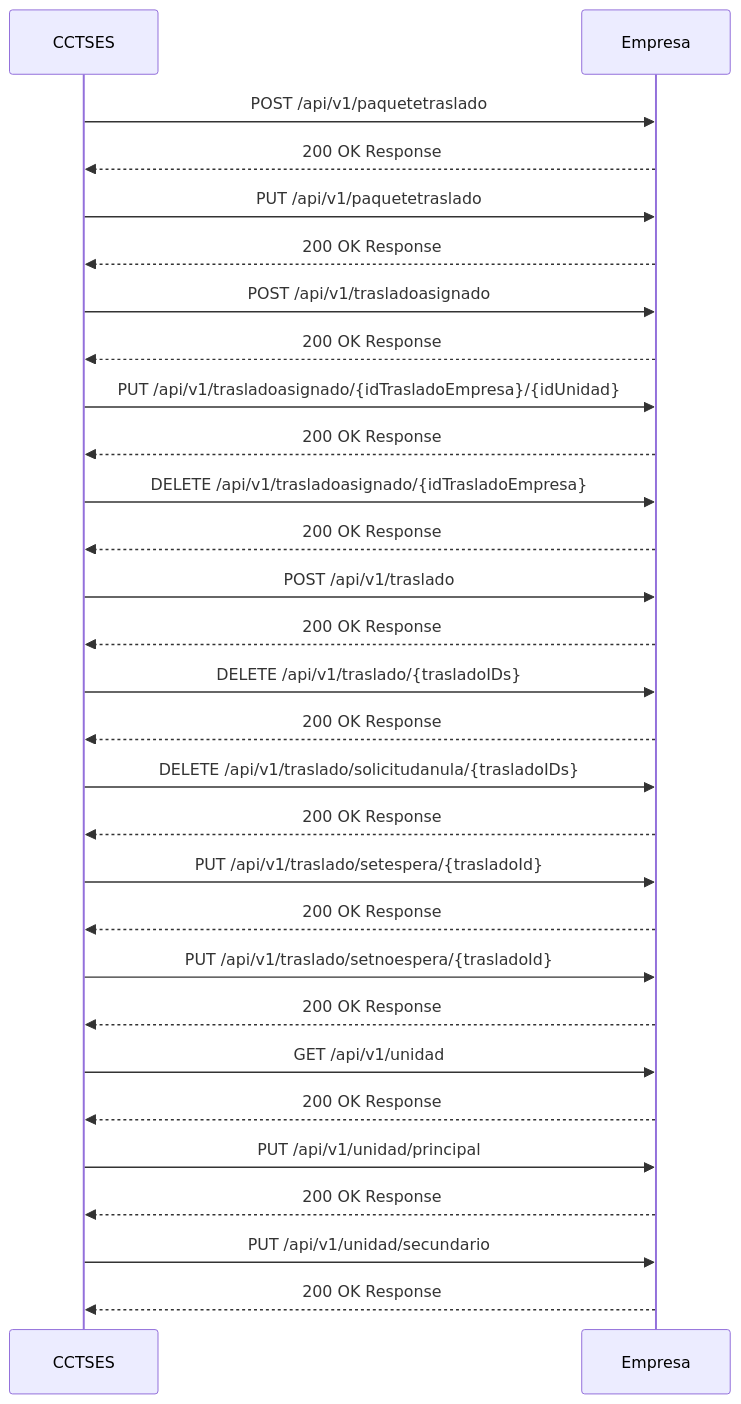
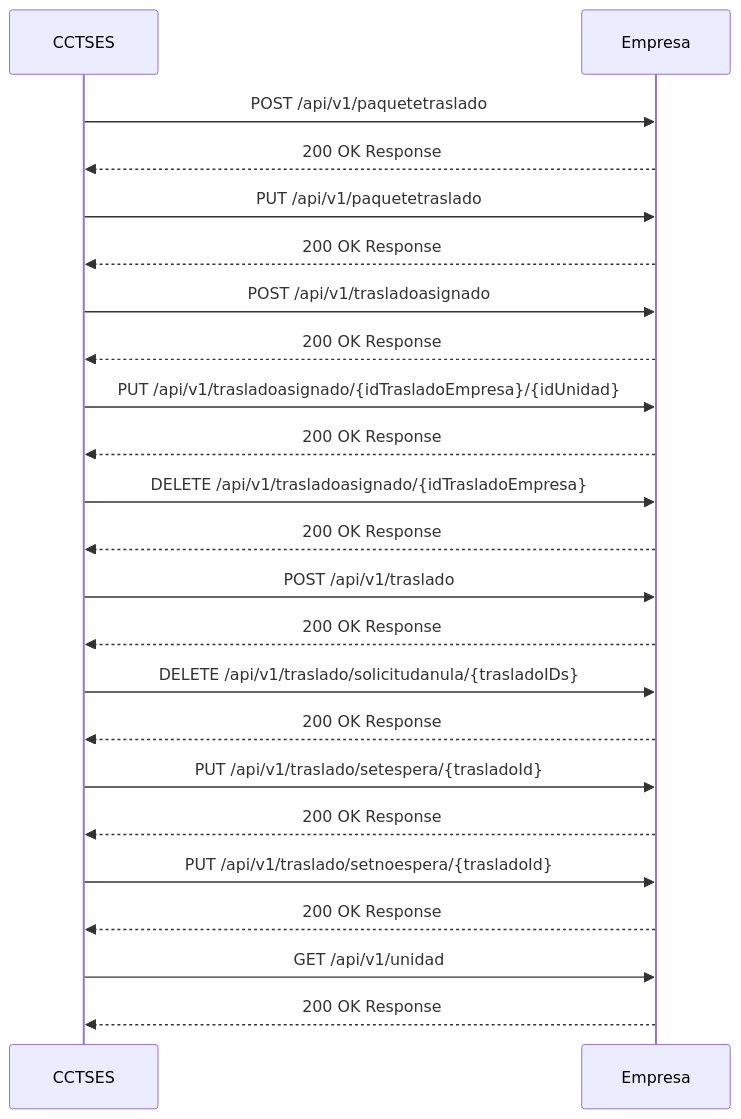
One commit to phevositc/cctses_integra changed the diagram in docs/versions/1.6/CircuitoB/CCTSES-doc_tecnica.md. Above: the diagram before and after it, drawn with Mermaid. The commit also changed other lines of this file and 4 other files, not shown here.

Commit message:
Update Circuito A and B documentation: add new API operations for unidad principal and secundario, remove deprecated operations, and clarify changes in integration guide.

````diff
--- a/docs/versions/1.6/CircuitoB/CCTSES-doc_tecnica.md
+++ b/docs/versions/1.6/CircuitoB/CCTSES-doc_tecnica.md
@@ -19,58 +19,48 @@
     ```mermaid
     sequenceDiagram
         %% Participantes (izquierda a derecha)
         participant CCTSES
         participant Empresa
 
         %% 1) POST /api/v1/paquetetraslado
         CCTSES->>Empresa: POST /api/v1/paquetetraslado
         Empresa-->>CCTSES: 200 OK Response
 
         %% 2) PUT /api/v1/paquetetraslado
         CCTSES->>Empresa: PUT /api/v1/paquetetraslado
         Empresa-->>CCTSES: 200 OK Response
 
         %% 3) POST /api/v1/trasladoasignado
         CCTSES->>Empresa: POST /api/v1/trasladoasignado
         Empresa-->>CCTSES: 200 OK Response
 
         %% 4) PUT /api/v1/trasladoasignado/{idTrasladoEmpresa}/{idUnidad}
         CCTSES->>Empresa: PUT /api/v1/trasladoasignado/{idTrasladoEmpresa}/{idUnidad}
         Empresa-->>CCTSES: 200 OK Response
 
         %% 5) DELETE /api/v1/trasladoasignado/{idTrasladoEmpresa}
         CCTSES->>Empresa: DELETE /api/v1/trasladoasignado/{idTrasladoEmpresa}
         Empresa-->>CCTSES: 200 OK Response
 
         %% 7) POST /api/v1/traslado
         CCTSES->>Empresa: POST /api/v1/traslado
         Empresa-->>CCTSES: 200 OK Response
 
-        %% 8) DELETE /api/v1/traslado/{trasladoIDs}
-        CCTSES->>Empresa: DELETE /api/v1/traslado/{trasladoIDs}
-        Empresa-->>CCTSES: 200 OK Response
-
         %% 9) DELETE /api/v1/traslado/solicitudanula/{trasladoIDs}
         CCTSES->>Empresa: DELETE /api/v1/traslado/solicitudanula/{trasladoIDs}
         Empresa-->>CCTSES: 200 OK Response
 
         %% 10) PUT /api/v1/traslado/setespera/{trasladoId}
         CCTSES->>Empresa: PUT /api/v1/traslado/setespera/{trasladoId}
         Empresa-->>CCTSES: 200 OK Response
 
         %% 11) PUT /api/v1/traslado/setnoespera/{trasladoId}
         CCTSES->>Empresa: PUT /api/v1/traslado/setnoespera/{trasladoId}
         Empresa-->>CCTSES: 200 OK Response
 
         %% 12) GET /api/v1/unidad
         CCTSES->>Empresa: GET /api/v1/unidad
         Empresa-->>CCTSES: 200 OK Response
 
-        %% 13) PUT /api/v1/unidad/principal
-        CCTSES->>Empresa: PUT /api/v1/unidad/principal
-        Empresa-->>CCTSES: 200 OK Response
 
-        %% 14) PUT /api/v1/unidad/secundario
-        CCTSES->>Empresa: PUT /api/v1/unidad/secundario
-        Empresa-->>CCTSES: 200 OK Response
     ```
````
